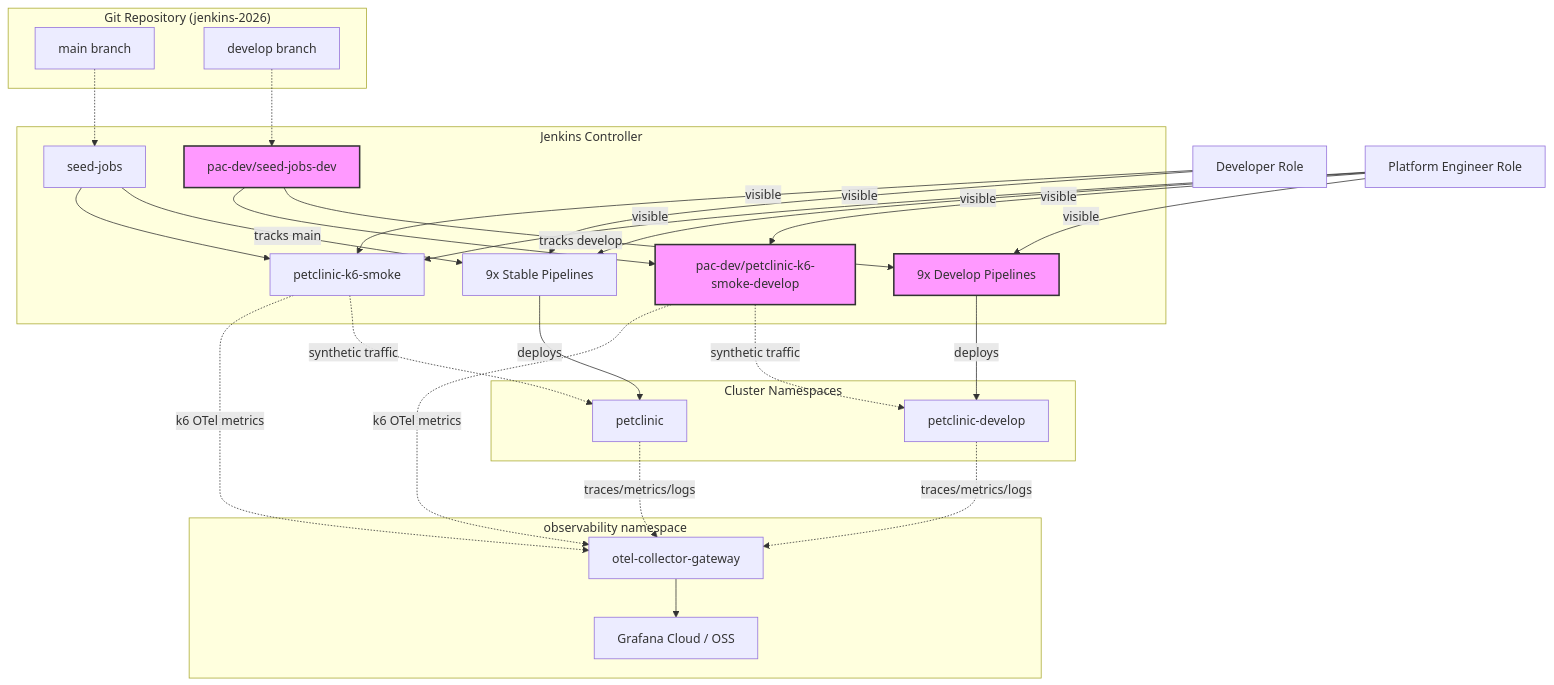
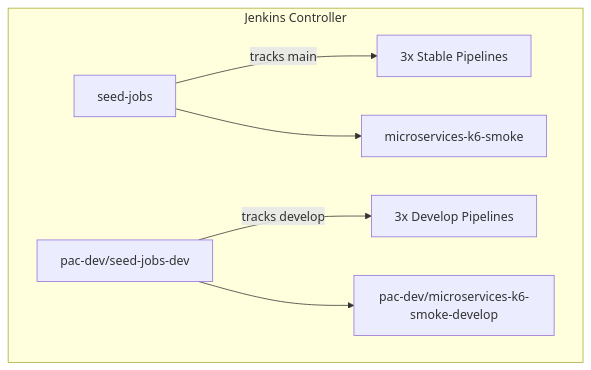
One commit to nubenetes/jenkins-2026 changed the third of 4 diagrams in README.md. Above: the diagram before and after it, drawn with Mermaid. The commit also changed other lines of this file and 1157 other files, not shown here.

````diff
--- a/README.md
+++ b/README.md
@@ -466,43 +457,9 @@
 ```mermaid
 graph TD
     subgraph "Jenkins Controller"
-        SJ[seed-jobs] --> |tracks main| SP[9x Stable Pipelines]
-        SJ --> K6S[petclinic-k6-smoke]
-        SJD[pac-dev/seed-jobs-dev] --> |tracks develop| DP[9x Develop Pipelines]
-        SJD --> K6D[pac-dev/petclinic-k6-smoke-develop]
+        SJ[seed-jobs] --> |tracks main| SP[3x Stable Pipelines]
+        SJ --> K6S[microservices-k6-smoke]
+        SJD[pac-dev/seed-jobs-dev] --> |tracks develop| DP[3x Develop Pipelines]
+        SJD --> K6D[pac-dev/microservices-k6-smoke-develop]
     end
-
-    subgraph "Cluster Namespaces"
-        SP --> |deploys| NS_S[petclinic]
-        DP --> |deploys| NS_D[petclinic-develop]
-        K6S -. synthetic traffic .-> NS_S
-        K6D -. synthetic traffic .-> NS_D
-    end
-
-    subgraph "Git Repository (jenkins-2026)"
-        R_M[main branch] -.-> SJ
-        R_D[develop branch] -.-> SJD
-    end
-
-    subgraph "observability namespace"
-        OTEL[otel-collector-gateway]
-        GRAFANA[Grafana Cloud / OSS]
-        OTEL --> GRAFANA
-    end
-
-    NS_S -. traces/metrics/logs .-> OTEL
-    NS_D -. traces/metrics/logs .-> OTEL
-    K6S -. k6 OTel metrics .-> OTEL
-    K6D -. k6 OTel metrics .-> OTEL
-
-    role_dev[Developer Role] --> |visible| SP
-    role_dev --> |visible| K6S
-    role_pe[Platform Engineer Role] --> |visible| DP
-    role_pe --> |visible| K6D
-    role_pe --> |visible| SP
-    role_pe --> |visible| K6S
-
-    style DP fill:#f9f,stroke:#333,stroke-width:2px
-    style SJD fill:#f9f,stroke:#333,stroke-width:2px
-    style K6D fill:#f9f,stroke:#333,stroke-width:2px
 ```
````
